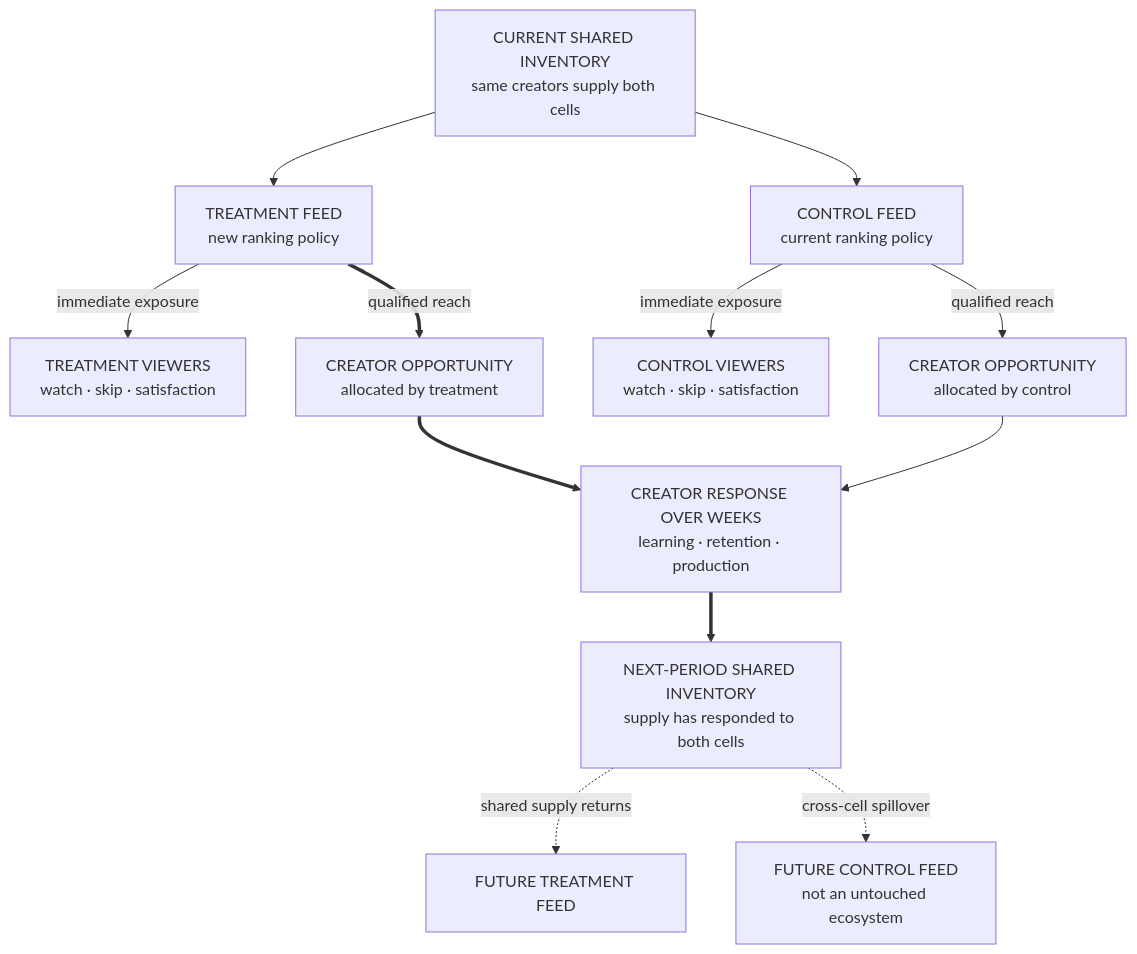
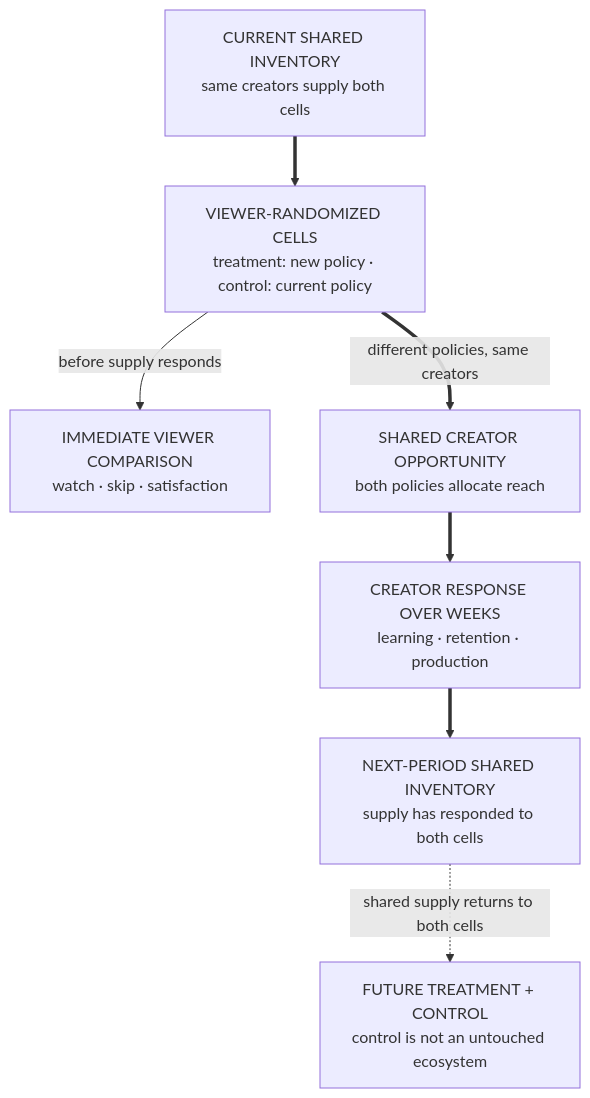
Before and after one commit to mlmentorship/mlmentorship.github.io: the third of 3 diagrams in src/content/posts/2026-08-29-design-short-form-video-ecosystem.md, drawn with Mermaid. The commit also changed other lines of this file and 17 other files, not shown here.

````diff
--- a/src/content/posts/2026-08-29-design-short-form-video-ecosystem.md
+++ b/src/content/posts/2026-08-29-design-short-form-video-ecosystem.md
@@ -960,33 +960,23 @@
 ```mermaid
 flowchart TB
   accTitle: Shared creator supply creates interference between viewer-randomized treatment and control cells
-  accDescr: Current creator inventory supplies both treatment and control feeds. Each feed produces immediate viewer outcomes and allocates different exposure to the same creators. Exposure in both cells changes creator learning, retention, and production over weeks. That response creates next-period shared inventory, which enters both future treatment and future control feeds. The current viewer comparison may estimate an immediate feed effect before supply responds, but the future control cell is exposed to an ecosystem partly changed by treatment and is not an untouched long-horizon counterfactual.
+  accDescr: Current creator inventory supplies viewer-randomized treatment and control cells. The cells compare immediate viewer outcomes while their ranking policies allocate different exposure to the same creators. Exposure from both cells changes creator learning, retention, and production over weeks. That response creates next-period shared inventory, which enters both future treatment and future control cells. The immediate comparison may estimate a feed effect before supply responds, but the future control cell is exposed to an ecosystem partly changed by treatment and is not an untouched long-horizon counterfactual.
   Inventory["CURRENT SHARED INVENTORY<br/>same creators supply both cells"]
-  Treatment["TREATMENT FEED<br/>new ranking policy"]
-  Control["CONTROL FEED<br/>current ranking policy"]
-  ViewerT["TREATMENT VIEWERS<br/>watch · skip · satisfaction"]
-  ViewerC["CONTROL VIEWERS<br/>watch · skip · satisfaction"]
-  OpportunityT["CREATOR OPPORTUNITY<br/>allocated by treatment"]
-  OpportunityC["CREATOR OPPORTUNITY<br/>allocated by control"]
+  Cells["VIEWER-RANDOMIZED CELLS<br/>treatment: new policy · control: current policy"]
+  Immediate["IMMEDIATE VIEWER COMPARISON<br/>watch · skip · satisfaction"]
+  Opportunity["SHARED CREATOR OPPORTUNITY<br/>both policies allocate reach"]
   Response["CREATOR RESPONSE OVER WEEKS<br/>learning · retention · production"]
   Next["NEXT-PERIOD SHARED INVENTORY<br/>supply has responded to both cells"]
-  FutureT["FUTURE TREATMENT FEED"]
-  FutureC["FUTURE CONTROL FEED<br/>not an untouched ecosystem"]
-  Inventory --> Treatment
-  Inventory --> Control
-  Treatment -->|"immediate exposure"| ViewerT
-  Control -->|"immediate exposure"| ViewerC
-  Treatment ==>|"qualified reach"| OpportunityT
-  Control -->|"qualified reach"| OpportunityC
-  OpportunityT ==> Response
-  OpportunityC --> Response
+  Future["FUTURE TREATMENT + CONTROL<br/>control is not an untouched ecosystem"]
+  Inventory ==> Cells
+  Cells -->|"before supply responds"| Immediate
+  Cells ==>|"different policies, same creators"| Opportunity
+  Opportunity ==> Response
   Response ==> Next
-  Next -.->|"shared supply returns"| FutureT
-  Next -.->|"cross-cell spillover"| FutureC
+  Next -.->|"shared supply returns to both cells"| Future
   class Inventory viz-state
-  class Treatment,OpportunityT,Response viz-focus
-  class Control,OpportunityC viz-neutral
-  class ViewerT,ViewerC,Next,FutureT viz-output
-  class FutureC viz-warning
+  class Cells,Opportunity,Response viz-focus
+  class Immediate,Next viz-output
+  class Future viz-warning
   class Inventory viz-tall
 ```
````
